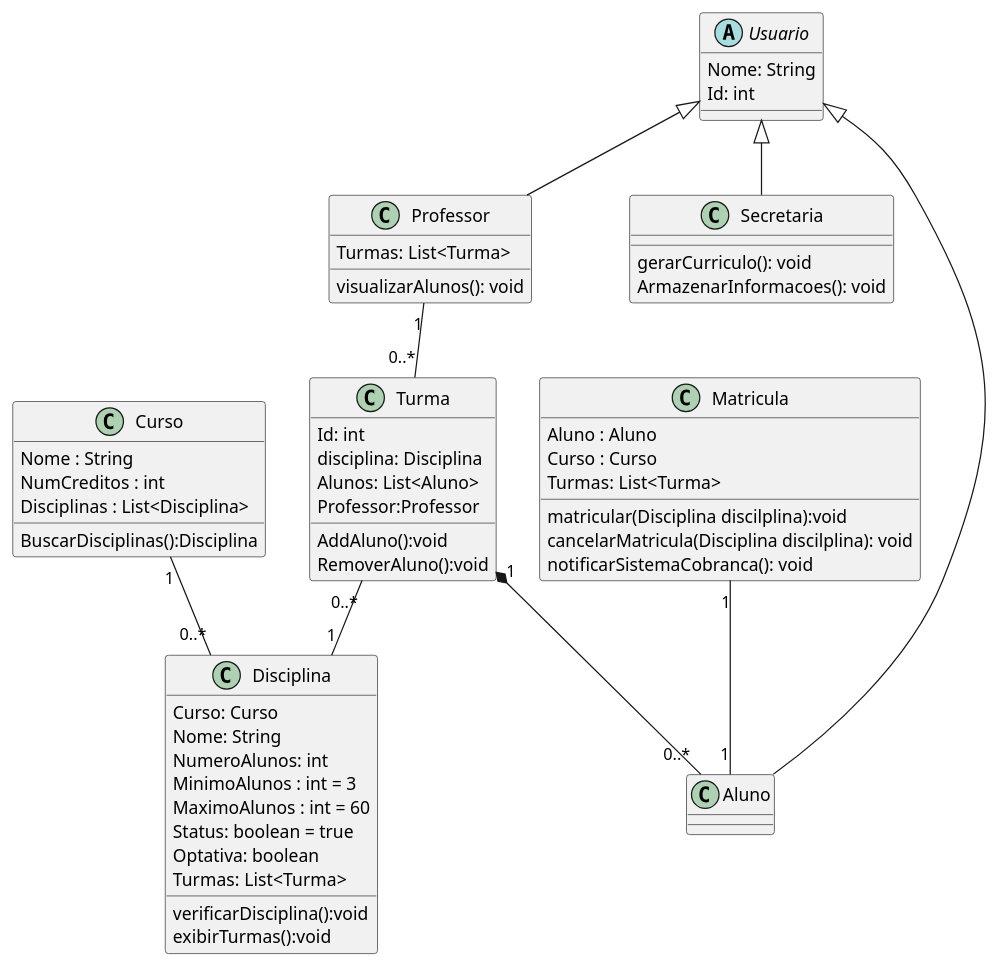
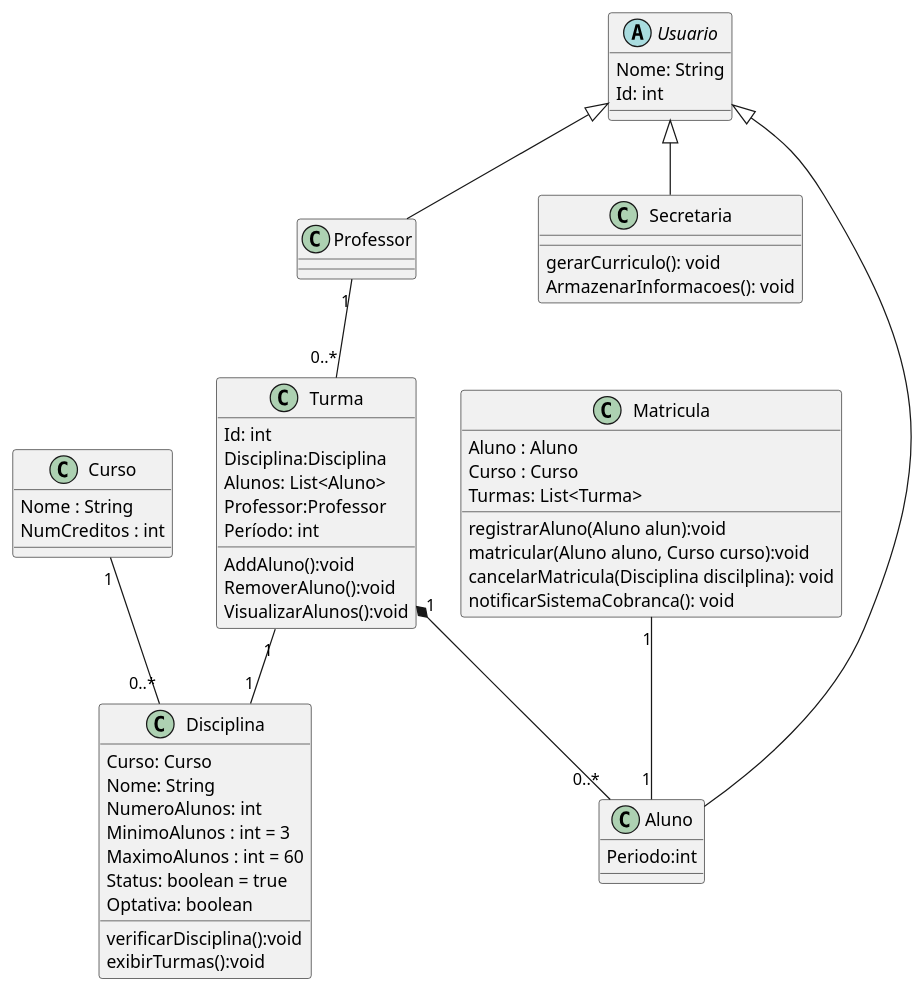
One commit to pedrofr1313/Laboratorio-Projeto-de-Software changed the diagram in project/code/DiagramaClasse.puml. Above: the diagram before and after it, drawn with PlantUML. The commit also changed 14 other files, not shown here.

```diff
--- a/project/code/DiagramaClasse.puml
+++ b/project/code/DiagramaClasse.puml
@@ -1,69 +1,71 @@
 @startuml
 class  Curso{
      Nome : String
      NumCreditos : int
-     Disciplinas : List<Disciplina>
-     BuscarDisciplinas():Disciplina
+    
 }
 class  Aluno{
-    
+ Periodo:int   
 
 }
 class  Turma{
     Id: int
-    disciplina: Disciplina
+    Disciplina:Disciplina
     Alunos: List<Aluno>
     AddAluno():void
     RemoverAluno():void
     Professor:Professor
+    Período: int
+    VisualizarAlunos():void
 
 }
 class  Secretaria
 {
     
     gerarCurriculo(): void
     ArmazenarInformacoes(): void
     
 }
 class  Professor
 {
 
-    Turmas: List<Turma>
-    visualizarAlunos(): void
+    
+
 }
 class  Disciplina{
     Curso: Curso
     Nome: String
     NumeroAlunos: int
     MinimoAlunos : int = 3
     MaximoAlunos : int = 60
     Status: boolean = true
     Optativa: boolean
-    Turmas: List<Turma>
     verificarDisciplina():void
     exibirTurmas():void
 }
 class Matricula{
     Aluno : Aluno
     Curso : Curso
     Turmas: List<Turma>
-    matricular(Disciplina discilplina):void
+    registrarAluno(Aluno alun):void
+    matricular(Aluno aluno, Curso curso):void
     cancelarMatricula(Disciplina discilplina): void
     notificarSistemaCobranca(): void
+    
 }
 
 abstract class Usuario{
     Nome: String
     Id: int
 }
 
-Turma "0..*" -- "1"Disciplina
+Turma "1" -- "1"Disciplina
 Professor "1"-- "0..*" Turma
 Matricula "1" -- "1" Aluno
 Turma "1" *-- "0..*"Aluno
 Curso "1"-- "0..*"Disciplina
 Usuario <|-- Aluno
 Usuario <|-- Professor
 Usuario <|-- Secretaria
 
 @enduml
```
